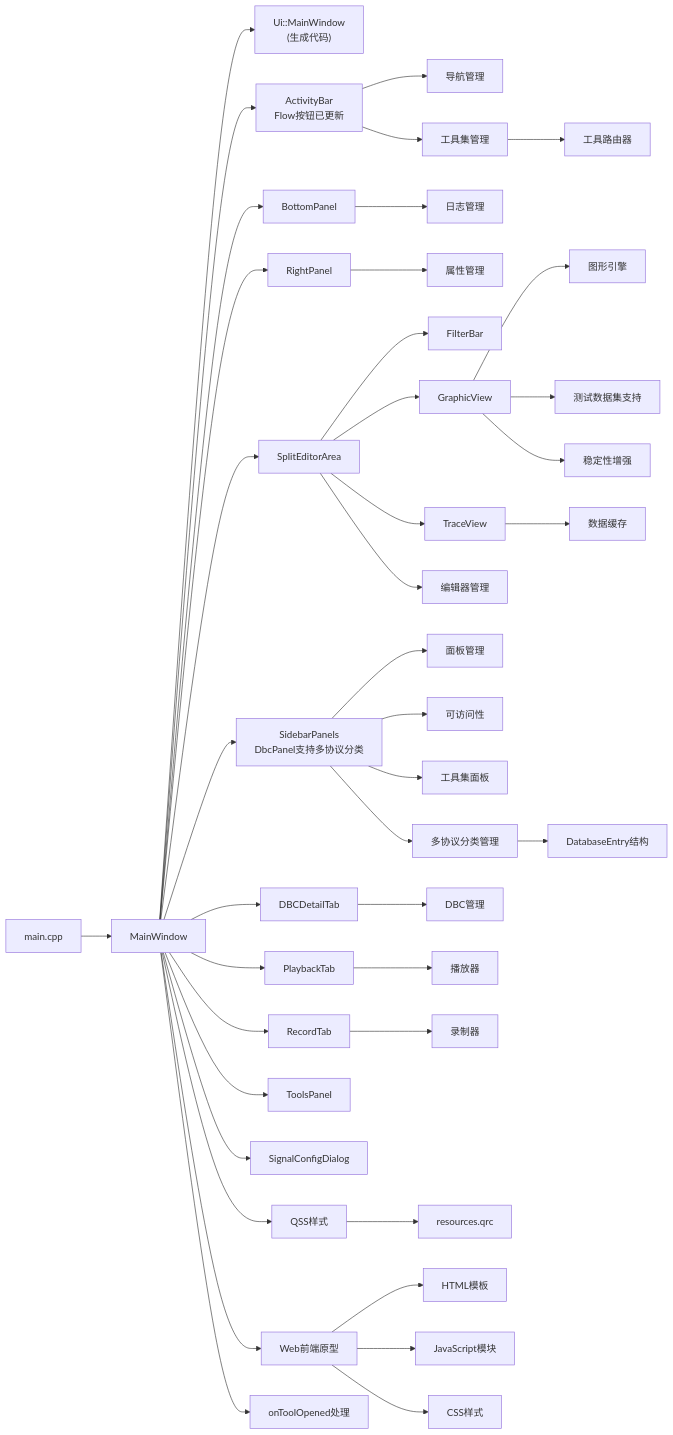
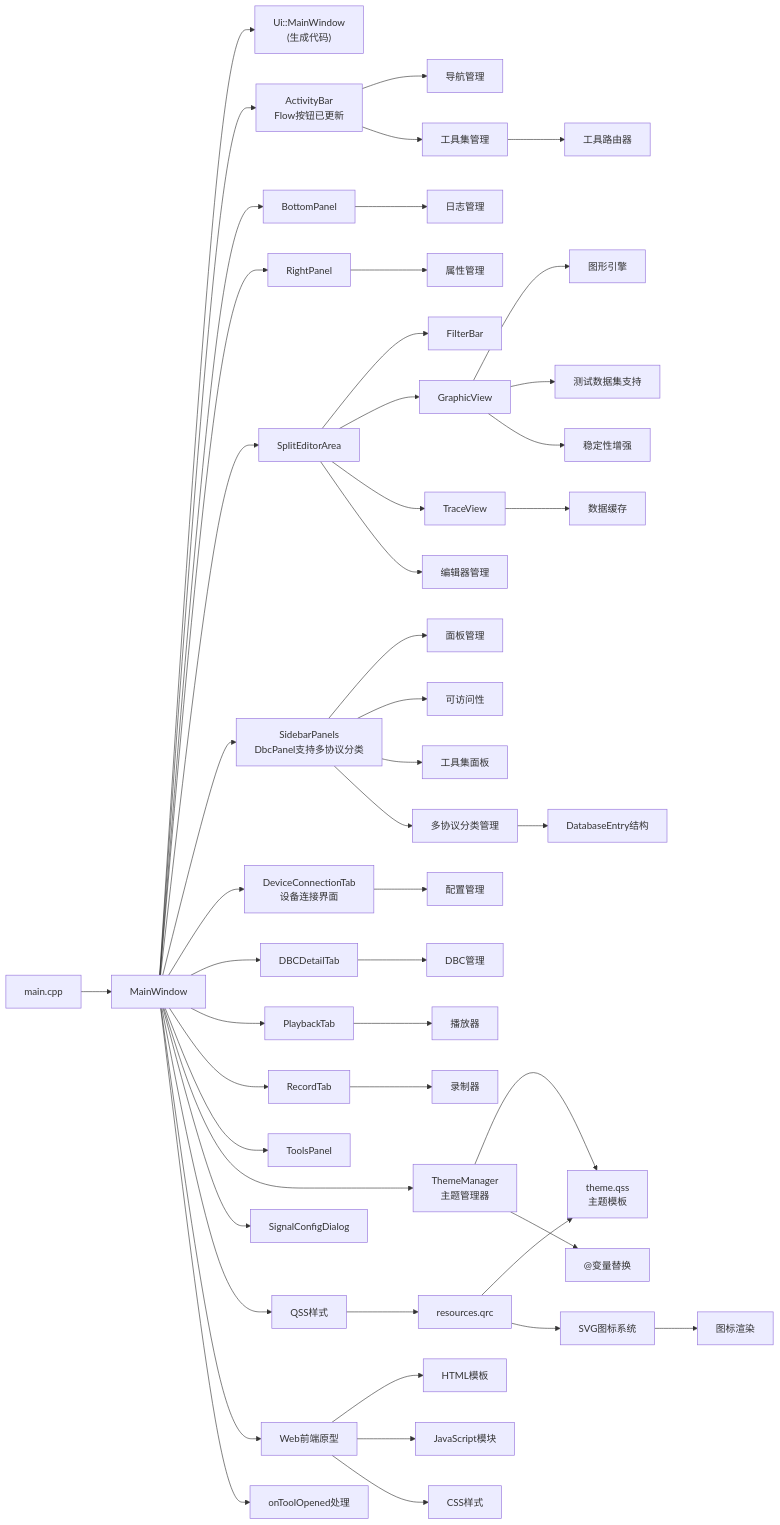
One commit to jakecai1225-design/OpenBus changed diagram 22 of 22 in .qoder/repowiki/zh/content/架构设计/UI系统设计/UI系统设计.md. Above: the diagram before and after it, drawn with Mermaid. The commit also changed other lines of this file and 40 other files, not shown here.

````diff
--- a/.qoder/repowiki/zh/content/架构设计/UI系统设计/UI系统设计.md
+++ b/.qoder/repowiki/zh/content/架构设计/UI系统设计/UI系统设计.md
@@ -1283,43 +1440,51 @@
 ```mermaid
 graph LR
 Main["main.cpp"] --> MW["MainWindow"]
 MW --> UI["Ui::MainWindow<br/>(生成代码)"]
 MW --> AB["ActivityBar<br/>Flow按钮已更新"]
 MW --> BP["BottomPanel"]
 MW --> RP["RightPanel"]
 MW --> SEA["SplitEditorArea"]
 MW --> SBP["SidebarPanels<br/>DbcPanel支持多协议分类"]
+MW --> DCT["DeviceConnectionTab<br/>设备连接界面"]
 MW --> DBCT["DBCDetailTab"]
 MW --> PB["PlaybackTab"]
 MW --> RT["RecordTab"]
 MW --> TP["ToolsPanel"]
+MW --> TM["ThemeManager<br/>主题管理器"]
 SEA --> FB["FilterBar"]
 SEA --> GV["GraphicView"]
 SEA --> TV["TraceView"]
 MW --> SCD["SignalConfigDialog"]
 MW --> QSS["QSS样式"]
+TM --> THEME["theme.qss<br/>主题模板"]
 QSS --> QRC["resources.qrc"]
+QRC --> THEME
+QRC --> SVG["SVG图标系统"]
 AB --> Navigation["导航管理"]
 BP --> Logging["日志管理"]
 RP --> Properties["属性管理"]
 SEA --> Editors["编辑器管理"]
 SBP --> Panels["面板管理"]
+DCT --> Config["配置管理"]
 DBCT --> DBC["DBC管理"]
 PB --> Player["播放器"]
 RT --> Recorder["录制器"]
 MW --> Web["Web前端原型"]
 Web --> HTML["HTML模板"]
 Web --> JS["JavaScript模块"]
 Web --> CSS["CSS样式"]
 GV --> Graphics["图形引擎"]
 GV --> TestData["测试数据集支持"]
 TV --> DataCache["数据缓存"]
 SBP --> Accessibility["可访问性"]
 GV --> Stability["稳定性增强"]
 AB --> Tools["工具集管理"]
 SBP --> ToolsPanel["工具集面板"]
 Tools --> ToolRouter["工具路由器"]
 MW --> ToolHandler["onToolOpened处理"]
 SBP --> MultiProtocol["多协议分类管理"]
 MultiProtocol --> DatabaseEntry["DatabaseEntry结构"]
+TM --> ThemeVars["@变量替换"]
+SVG --> IconSystem["图标渲染"]
 ```
````
